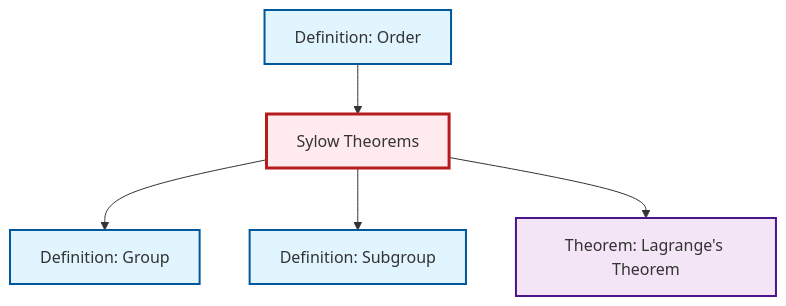
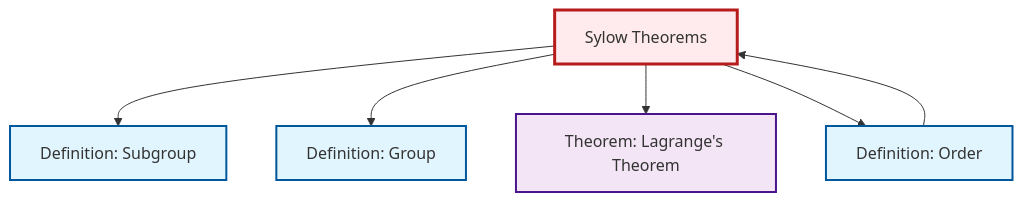
Before and after one commit to RK0429/ModernMath: the diagram in content/en/algebra/thm-sylow.qmd, drawn with Mermaid. The commit also changed 581 other files, not shown here.

````diff
--- a/content/en/algebra/thm-sylow.qmd
+++ b/content/en/algebra/thm-sylow.qmd
@@ -85,23 +85,24 @@
 ```{mermaid}
 %%| fig-cap: "Local dependency graph"
 graph TD
     classDef definition fill:#e1f5fe,stroke:#01579b,stroke-width:2px
     classDef theorem fill:#f3e5f5,stroke:#4a148c,stroke-width:2px
     classDef axiom fill:#fff3e0,stroke:#e65100,stroke-width:2px
     classDef example fill:#e8f5e9,stroke:#1b5e20,stroke-width:2px
     classDef current fill:#ffebee,stroke:#b71c1c,stroke-width:3px
+    def-subgroup["Definition: Subgroup"]:::definition
+    thm-sylow["Sylow Theorems"]:::theorem
+    def-order["Definition: Order"]:::definition
+    thm-lagrange["Theorem: Lagrange's Theorem"]:::theorem
     def-group["Definition: Group"]:::definition
-    thm-sylow["Sylow Theorems"]:::theorem
-    thm-lagrange["Theorem: Lagrange's Theorem"]:::theorem
-    def-subgroup["Definition: Subgroup"]:::definition
-    def-order["Definition: Order"]:::definition
-    thm-sylow --> def-group
     thm-sylow --> def-subgroup
     def-order --> thm-sylow
+    thm-sylow --> def-group
     thm-sylow --> thm-lagrange
+    thm-sylow --> def-order
     class thm-sylow current
-    click def-group "def-group.html" "Go to Group definition"
-    click thm-lagrange "thm-lagrange.html" "Go to Lagrange's Theorem theorem"
     click def-subgroup "def-subgroup.html" "Go to Subgroup definition"
     click def-order "def-order.html" "Go to Order definition"
+    click thm-lagrange "thm-lagrange.html" "Go to Lagrange's Theorem theorem"
+    click def-group "def-group.html" "Go to Group definition"
 ```
````
